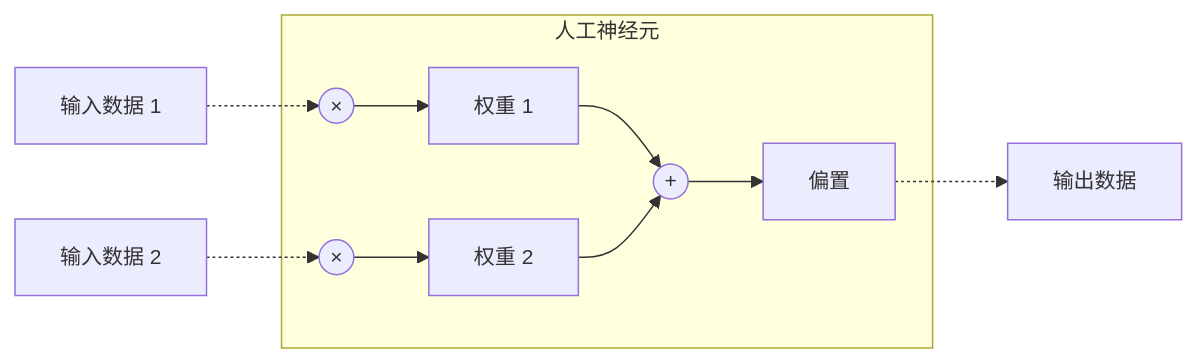
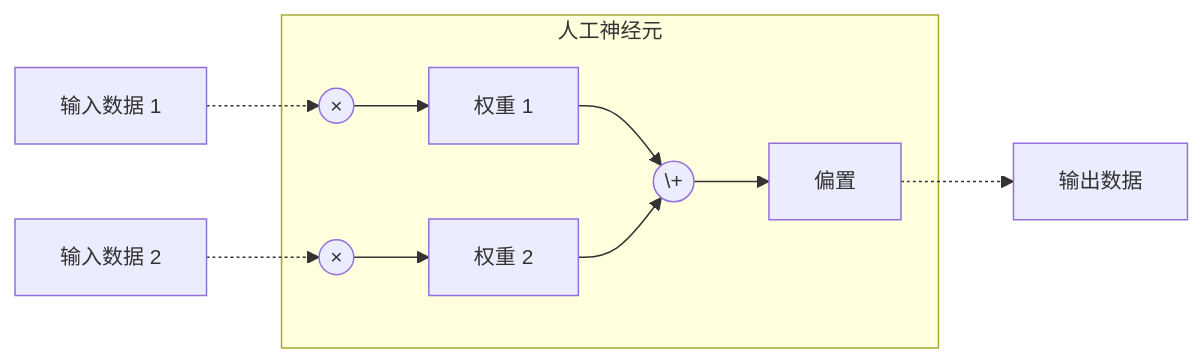
One commit to li-xiao-guang/teenytinynn changed the third of 3 diagrams in edu/01-learn-neural-networks-from-scratch/md/01-artificial-neural-networks/01-linear-prediction.md. Above: the diagram before and after it, drawn with Mermaid.

````diff
--- a/edu/01-learn-neural-networks-from-scratch/md/01-artificial-neural-networks/01-linear-prediction.md
+++ b/edu/01-learn-neural-networks-from-scratch/md/01-artificial-neural-networks/01-linear-prediction.md
@@ -57,11 +57,11 @@
 ```mermaid
 %%{init: { "themeVariables": { "fontSize": "14px" } } }%%
 graph LR
     subgraph 人工神经元
-      m1(("×")) --> w1[权重 1] --> p(("+")) --> b
+      m1(("×")) --> w1[权重 1] --> p(("\+")) --> b
       m2(("×")) --> w2[权重 2] --> p
     end
     x1[输入数据 1] -.-> m1
     x2[输入数据 2] -.-> m2
     b[偏置] -.-> y[输出数据]
 ```    
````
